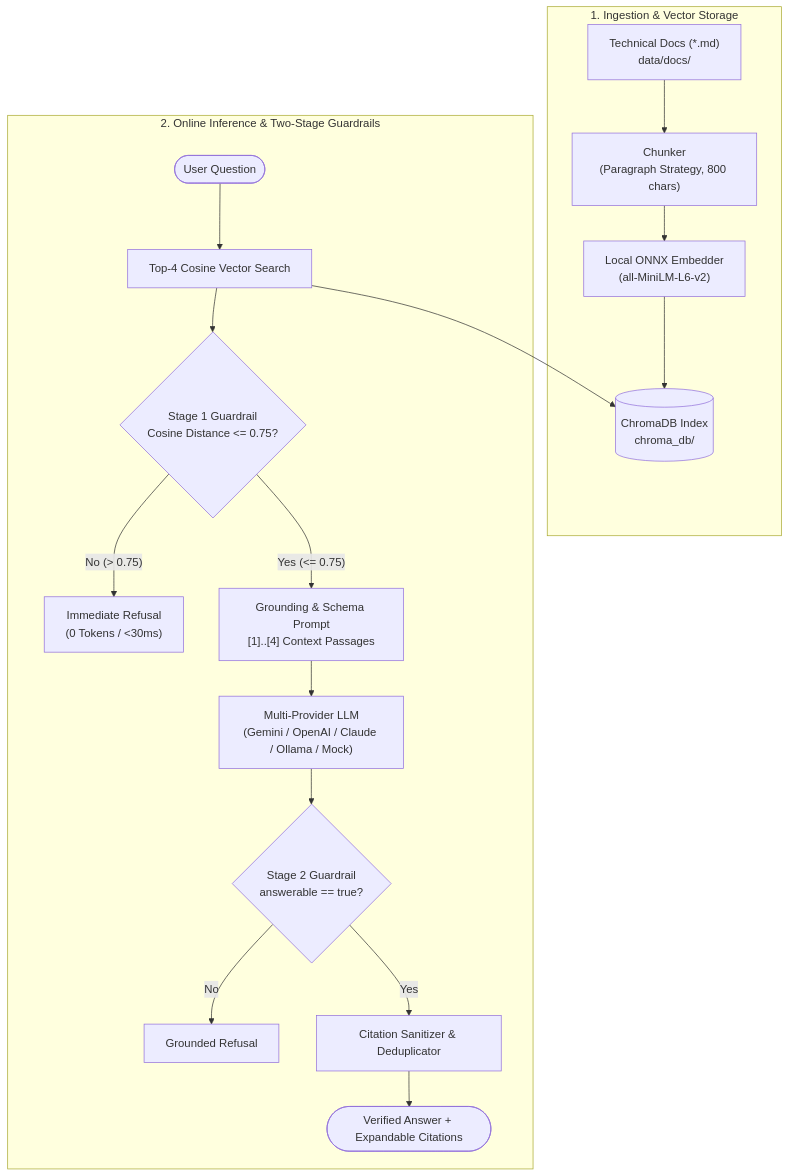
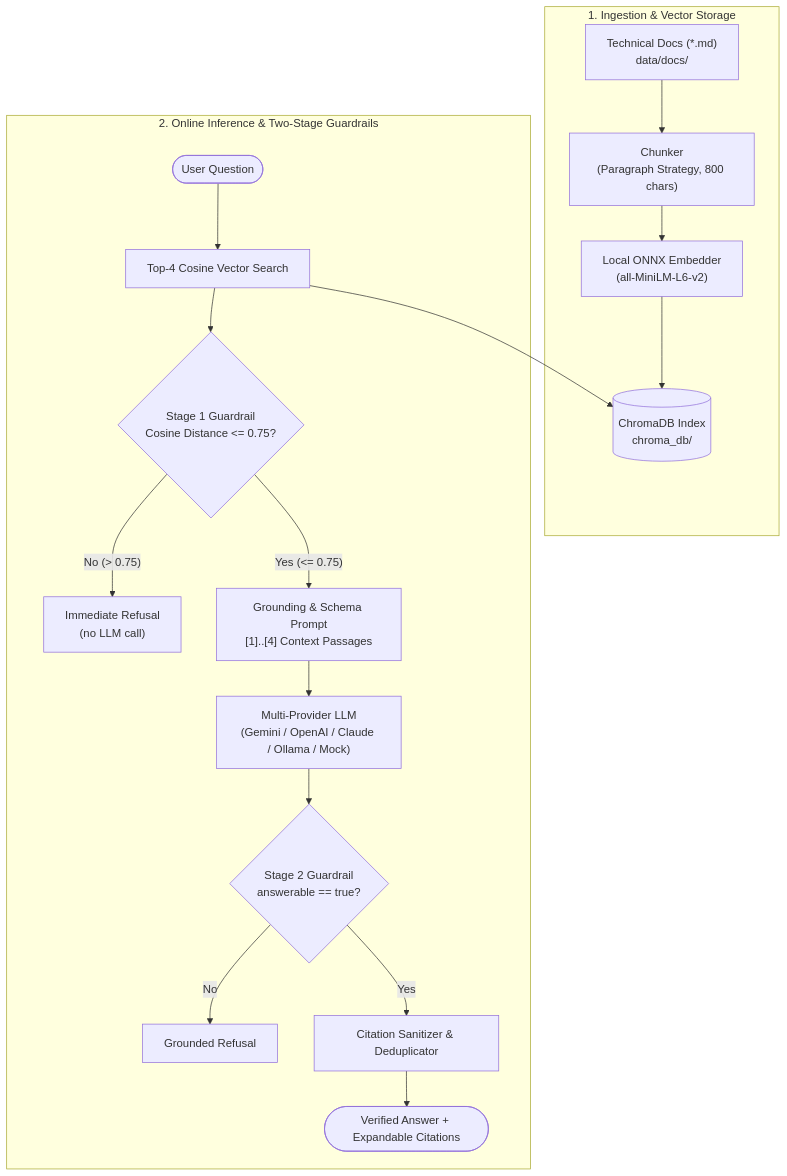
One commit to Rohitgoud45/IT-Support-RAG changed the diagram in README.md. Above: the diagram before and after it, drawn with Mermaid. The commit also changed other lines of this file and 19 other files, not shown here.

````diff
--- a/README.md
+++ b/README.md
@@ -24,23 +23,23 @@
 ```mermaid
 graph TD
     subgraph "1. Ingestion & Vector Storage"
         MD["Technical Docs (*.md)<br/>data/docs/"] --> Chunk["Chunker<br/>(Paragraph Strategy, 800 chars)"]
         Chunk --> Embed["Local ONNX Embedder<br/>(all-MiniLM-L6-v2)"]
         Embed --> DB[("ChromaDB Index<br/>chroma_db/")]
     end
 
     subgraph "2. Online Inference & Two-Stage Guardrails"
         Query(["User Question"]) --> Search["Top-4 Cosine Vector Search"]
         Search --> DB
         Search --> G1{"Stage 1 Guardrail<br/>Cosine Distance <= 0.75?"}
         
-        G1 -- "No (> 0.75)" --> FastExit["Immediate Refusal<br/>(0 Tokens / <30ms)"]
+        G1 -- "No (> 0.75)" --> FastExit["Immediate Refusal<br/>(no LLM call)"]
         G1 -- "Yes (<= 0.75)" --> Prompt["Grounding & Schema Prompt<br/>[1]..[4] Context Passages"]
         Prompt --> LLM["Multi-Provider LLM<br/>(Gemini / OpenAI / Claude / Ollama / Mock)"]
         LLM --> G2{"Stage 2 Guardrail<br/>answerable == true?"}
         
         G2 -- "No" --> ModelExit["Grounded Refusal"]
         G2 -- "Yes" --> Citations["Citation Sanitizer & Deduplicator"]
         Citations --> UI(["Verified Answer + Expandable Citations"])
     end
 ```
````
